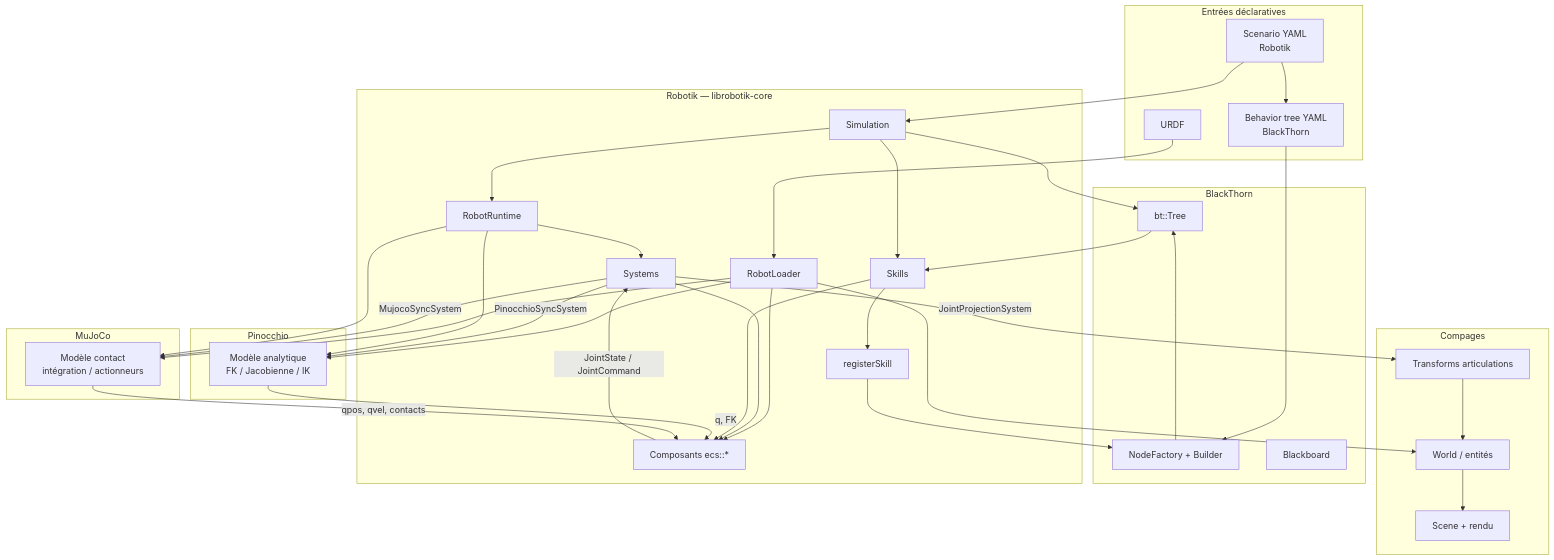
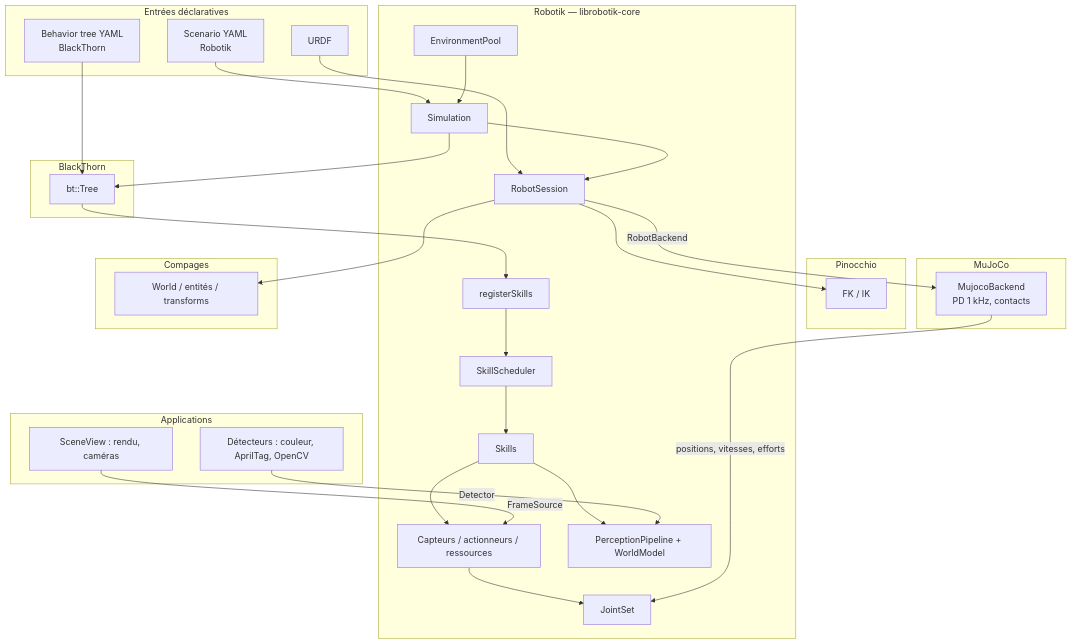
One commit to Lecrapouille/Robotik changed the diagram in doc/Ecosysteme.md. Above: the diagram before and after it, drawn with Mermaid. The commit also changed other lines of this file and 128 other files, not shown here.

````diff
--- a/doc/Ecosysteme.md
+++ b/doc/Ecosysteme.md
@@ -7,72 +7,57 @@
 ```mermaid
 flowchart TB
   subgraph declaratif [Entrées déclaratives]
     SCY[Scenario YAML<br/>Robotik]
     BTY[Behavior tree YAML<br/>BlackThorn]
     URDF[URDF]
   end
 
-  subgraph compages [Compages]
-    W[World / entités]
-    SC[Scene + rendu]
-    TR[Transforms articulations]
+  subgraph robotik [Robotik — librobotik-core]
+    SIM[Simulation]
+    SES[RobotSession]
+    JS[JointSet]
+    DEV[Capteurs / actionneurs / ressources]
+    SCH[SkillScheduler]
+    SK[Skills]
+    PER[PerceptionPipeline + WorldModel]
+    BRG[registerSkills]
+    ENV[EnvironmentPool]
   end
 
   subgraph blackthorn [BlackThorn]
-    FAC[NodeFactory + Builder]
     TREE[bt::Tree]
-    BB[Blackboard]
-  end
-
-  subgraph robotik [Robotik — librobotik-core]
-    SIM[Simulation]
-    RT[RobotRuntime]
-    ECS[Composants ecs::*]
-    SYS[Systems]
-    SK[Skills]
-    BRG[registerSkill]
-    LOAD[RobotLoader]
   end
 
   subgraph pinocchio [Pinocchio]
-    PIN[Modèle analytique<br/>FK / Jacobienne / IK]
+    PIN[FK / IK]
   end
 
   subgraph mujoco [MuJoCo]
-    MUJ[Modèle contact<br/>intégration / actionneurs]
+    MUJ[MujocoBackend<br/>PD 1 kHz, contacts]
   end
 
-  URDF --> LOAD
+  subgraph compages [Compages]
+    W[World / entités / transforms]
+  end
+
+  subgraph apps [Applications]
+    VIEW[SceneView : rendu, caméras]
+    DET[Détecteurs : couleur, AprilTag, OpenCV]
+  end
+
+  URDF --> SES
   SCY --> SIM
-  BTY --> FAC
-  SCY --> BTY
-
-  LOAD --> W
-  LOAD --> ECS
-  LOAD --> PIN
-  LOAD --> MUJ
-
-  SIM --> RT
+  BTY --> TREE
+  SIM --> SES
   SIM --> TREE
-  SIM --> SK
-  FAC --> TREE
-  BRG --> FAC
-  SK --> BRG
-  TREE --> SK
-
-  RT --> SYS
-  SYS --> ECS
-  SK --> ECS
-
-  ECS -->|JointState / JointCommand| SYS
-  SYS -->|PinocchioSyncSystem| PIN
-  PIN -->|q, FK| ECS
-  SYS -->|MujocoSyncSystem| MUJ
-  MUJ -->|qpos, qvel, contacts| ECS
-  SYS -->|JointProjectionSystem| TR
-  TR --> W
-  W --> SC
-
-  RT --> PIN
-  RT --> MUJ
+  TREE --> BRG --> SCH --> SK
+  SK --> DEV --> JS
+  SK --> PER
+  SES -->|RobotBackend| MUJ
+  MUJ -->|positions, vitesses, efforts| JS
+  SES --> PIN
+  SES --> W
+  VIEW -->|FrameSource| DEV
+  DET -->|Detector| PER
+  ENV --> SIM
 ```
````
